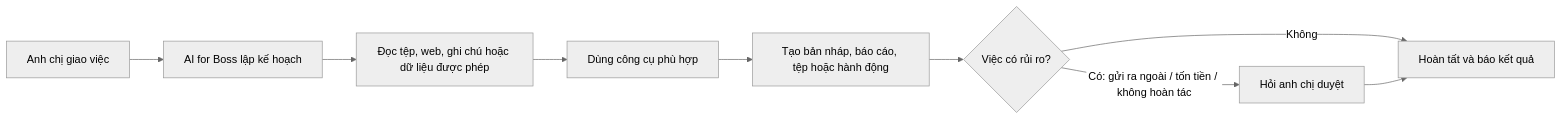
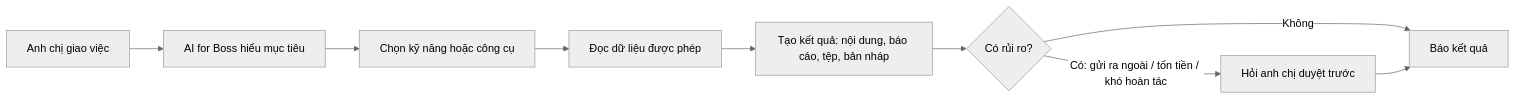
The first of 2 diagrams in README.md (LucDinhLe/aiforboss), drawn with Mermaid (neutral theme) before and after one commit. The commit also changed other lines of this file and 2 other files, not shown here.

````diff
--- a/README.md
+++ b/README.md
@@ -33,11 +85,11 @@
 ```mermaid
 flowchart LR
-    A[Anh chị giao việc] --> B[AI for Boss lập kế hoạch]
-    B --> C[Đọc tệp, web, ghi chú hoặc dữ liệu được phép]
-    C --> D[Dùng công cụ phù hợp]
-    D --> E[Tạo bản nháp, báo cáo, tệp hoặc hành động]
-    E --> F{Việc có rủi ro?}
-    F -- Có: gửi ra ngoài / tốn tiền / không hoàn tác --> G[Hỏi anh chị duyệt]
-    F -- Không --> H[Hoàn tất và báo kết quả]
-    G --> H
+    A[Anh chị giao việc] --> B[AI for Boss hiểu mục tiêu]
+    B --> C[Chọn kỹ năng hoặc công cụ]
+    C --> D[Đọc dữ liệu được phép]
+    D --> E[Tạo kết quả: nội dung, báo cáo, tệp, bản nháp]
+    E --> F{Có rủi ro?}
+    F -- Không --> G[Báo kết quả]
+    F -- Có: gửi ra ngoài / tốn tiền / khó hoàn tác --> H[Hỏi anh chị duyệt trước]
+    H --> G
 ```
````
